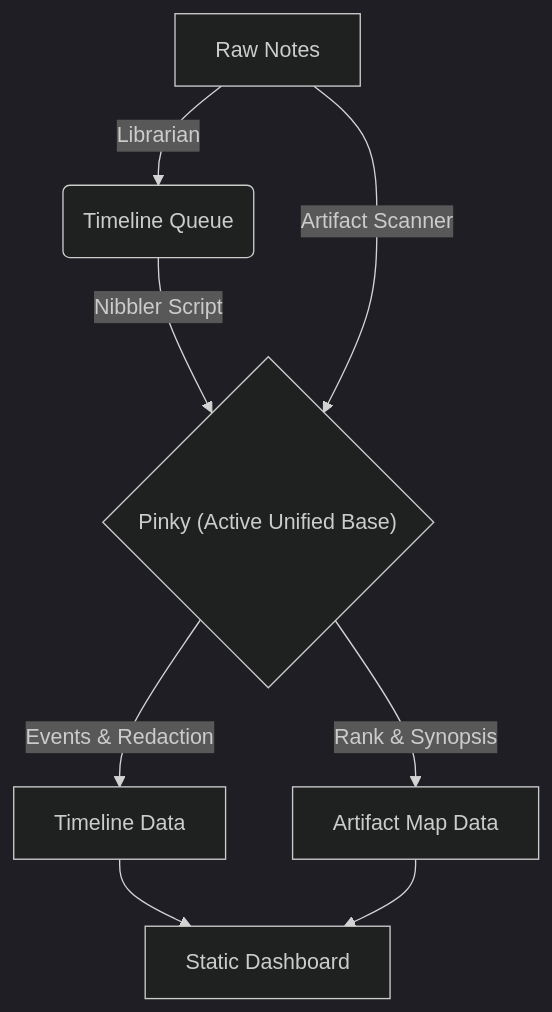
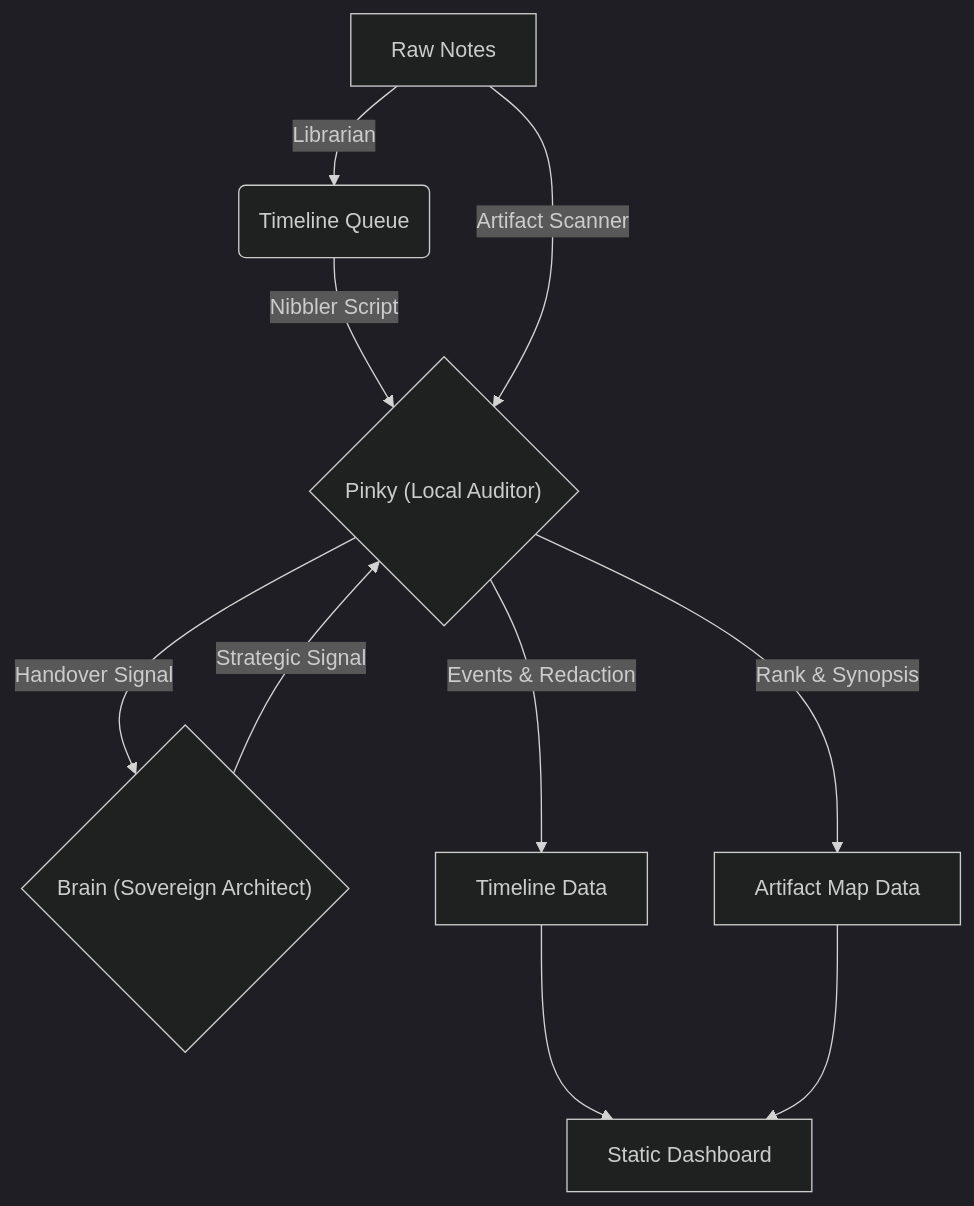
The diagram in README.md (kEnder242/Portfolio_Dev), drawn with Mermaid (dark theme) before and after one commit. The commit also changed other lines of this file and 1 other file, not shown here.

Commit message:
docs: restore historical roadmap and align branding with Bicameral Evolution v4.1

````diff
--- a/README.md
+++ b/README.md
@@ -24,9 +29,11 @@
 ```mermaid
 graph TD
     A[Raw Notes] -->|Librarian| B(Timeline Queue)
-    B -->|Nibbler Script| C{"Pinky (Active Unified Base)"}
+    B -->|Nibbler Script| C{"Pinky (Local Auditor)"}
     A -->|Artifact Scanner| C
+    C -->|Handover Signal| G{"Brain (Sovereign Architect)"}
+    G -->|Strategic Signal| C
     C -->|Events & Redaction| D[Timeline Data]
     C -->|Rank & Synopsis| E[Artifact Map Data]
     D & E --> F[Static Dashboard]
 ```
````
